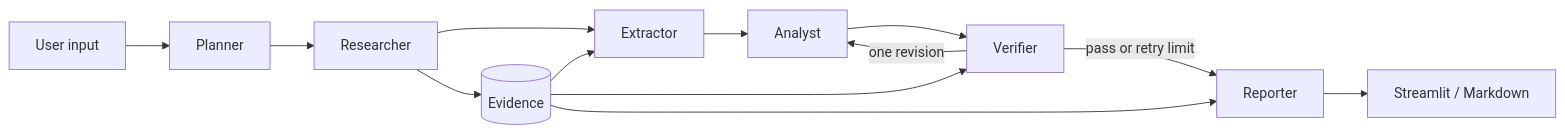
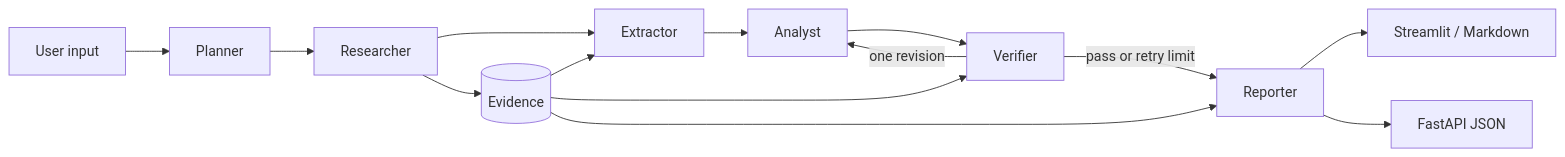
One commit to kublesd/competitive_analysis_agent changed the diagram in README.md. Above: the diagram before and after it, drawn with Mermaid. The commit also changed other lines of this file and 4 other files, not shown here.

````diff
--- a/README.md
+++ b/README.md
@@ -10,16 +10,17 @@
 ```mermaid
 flowchart LR
     U[User input] --> P[Planner]
     P --> R[Researcher]
     R --> E[Extractor]
     E --> A[Analyst]
     A --> V[Verifier]
     V -->|pass or retry limit| RP[Reporter]
     V -->|one revision| A
     RP --> UI[Streamlit / Markdown]
+    RP --> API[FastAPI JSON]
 
     R --> EV[(Evidence)]
     EV --> E
     EV --> V
     EV --> RP
 ```
````
